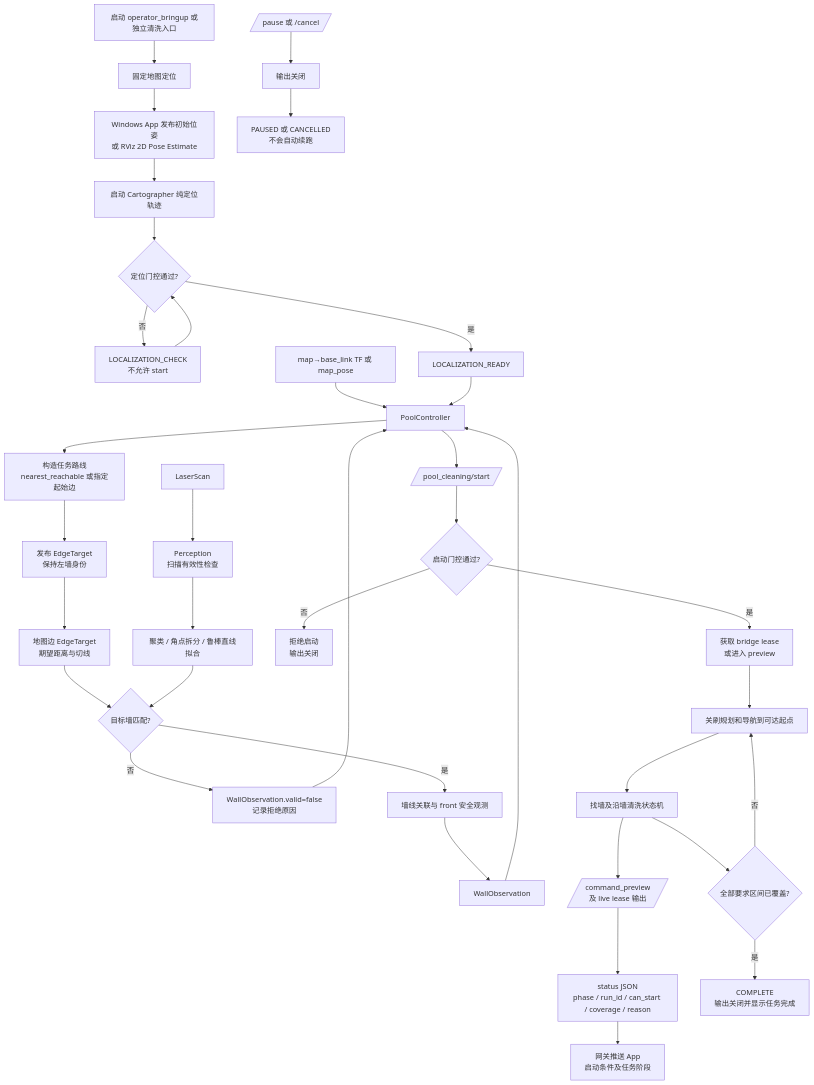
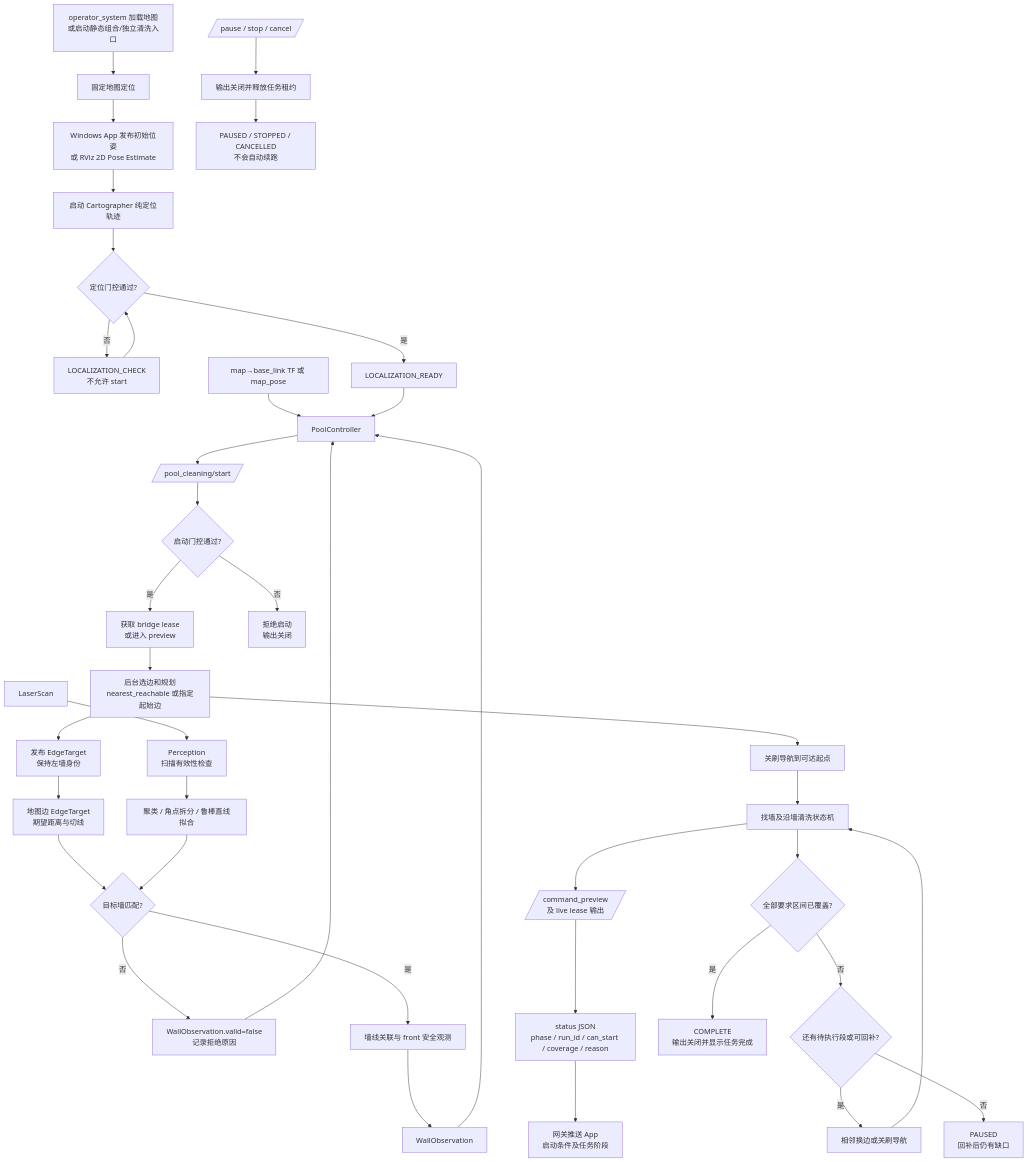
The first of 2 diagrams in docs/pool_cleaning/WALL_CLEANING_FLOW.md (YYYKblue/surface_robot), drawn with Mermaid before and after one commit. The commit also changed other lines of this file and 13 other files, not shown here.

````diff
--- a/docs/pool_cleaning/WALL_CLEANING_FLOW.md
+++ b/docs/pool_cleaning/WALL_CLEANING_FLOW.md
@@ -7,41 +7,44 @@
 ```mermaid
 flowchart TD
-    A[启动 operator_bringup 或独立清洗入口] --> B[固定地图定位]
+    A[operator_system 加载地图\n或启动静态组合/独立清洗入口] --> B[固定地图定位]
     B --> B1[Windows App 发布初始位姿\n或 RViz 2D Pose Estimate]
     B1 --> B2[启动 Cartographer 纯定位轨迹]
     B2 --> B3{定位门控通过?}
     B3 -- 否 --> B4[LOCALIZATION_CHECK\n不允许 start]
     B4 --> B3
     B3 -- 是 --> B5[LOCALIZATION_READY]
 
     L[LaserScan] --> P[Perception\n扫描有效性检查]
     P --> P1[聚类 / 角点拆分 / 鲁棒直线拟合]
     T[地图边 EdgeTarget\n期望距离与切线] --> P2{目标墙匹配?}
     P1 --> P2
     P2 -- 否 --> W0[WallObservation.valid=false\n记录拒绝原因]
     P2 -- 是 --> P3[墙线关联与 front 安全观测]
     P3 --> W1[WallObservation]
 
     M[map→base_link TF 或 map_pose] --> C[PoolController]
     B5 --> C
     W0 --> C
     W1 --> C
-    C --> C1[构造任务路线\nnearest_reachable 或指定起始边]
+    Q --> C1[后台选边和规划\nnearest_reachable 或指定起始边]
     C1 --> C2[发布 EdgeTarget\n保持左墙身份]
     C2 --> T
     C --> S[/pool_cleaning/start/]
     S --> G{启动门控通过?}
     G -- 否 --> R[拒绝启动\n输出关闭]
     G -- 是 --> Q[获取 bridge lease\n或进入 preview]
-    Q --> N[关刷规划和导航到可达起点]
+    C1 --> N[关刷导航到可达起点]
     N --> F[找墙及沿墙清洗状态机]
     F --> O[/command_preview\n及 live lease 输出/]
     O --> H[status JSON\nphase / run_id / can_start / coverage / reason]
     H --> UI[网关推送 App\n启动条件及任务阶段]
     F --> COVER{全部要求区间已覆盖?}
-    COVER -- 否 --> N
+    COVER -- 否 --> MORE{还有待执行段或可回补?}
+    MORE -- 是 --> TRANSIT[相邻换边或关刷导航]
+    TRANSIT --> F
+    MORE -- 否 --> GAP[PAUSED\n回补后仍有缺口]
     COVER -- 是 --> DONE[COMPLETE\n输出关闭并显示任务完成]
 
-    X[/pause 或 /cancel/] --> E[输出关闭]
-    E --> E1[PAUSED 或 CANCELLED\n不会自动续跑]
+    X[/pause / stop / cancel/] --> E[输出关闭并释放任务租约]
+    E --> E1[PAUSED / STOPPED / CANCELLED\n不会自动续跑]
 ```
````
